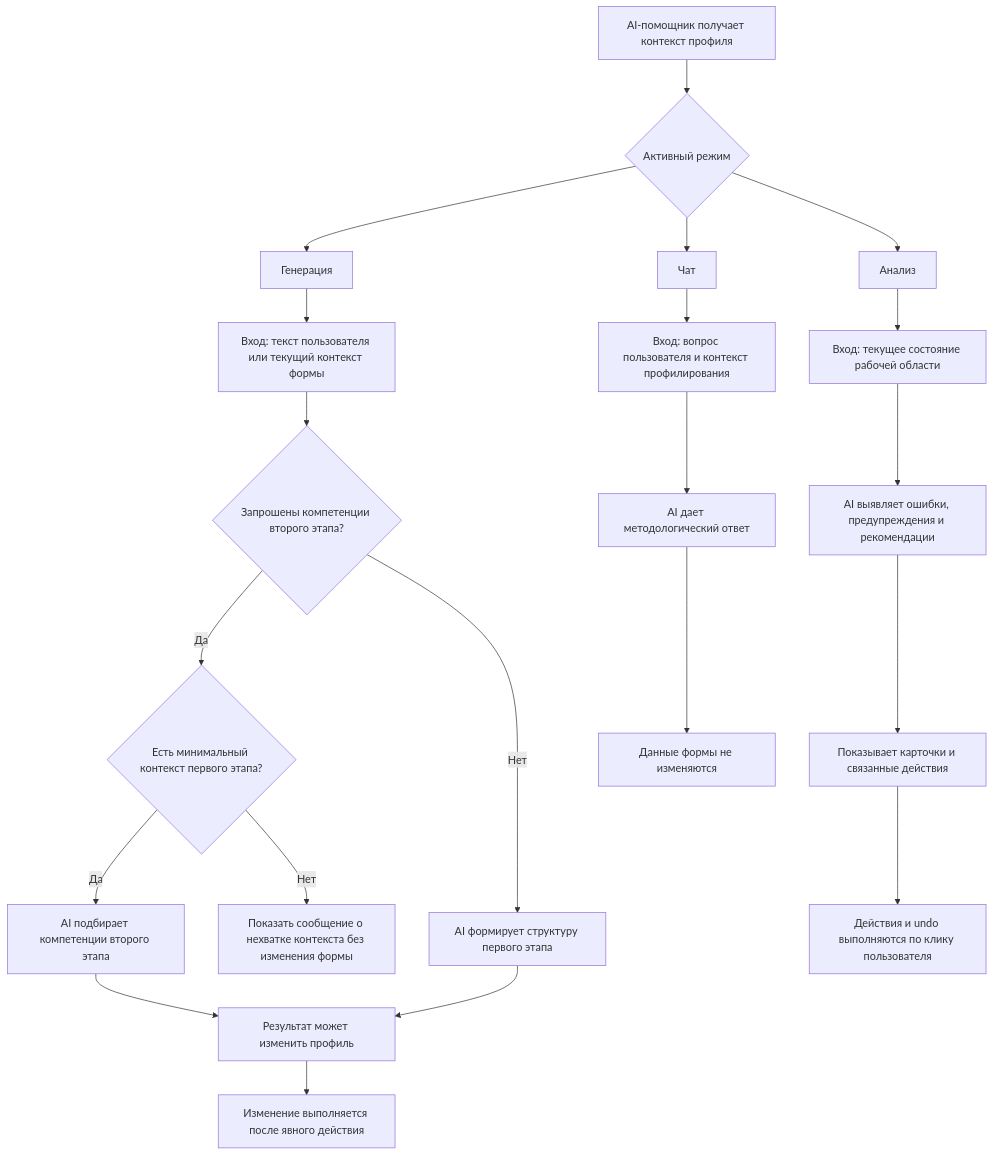
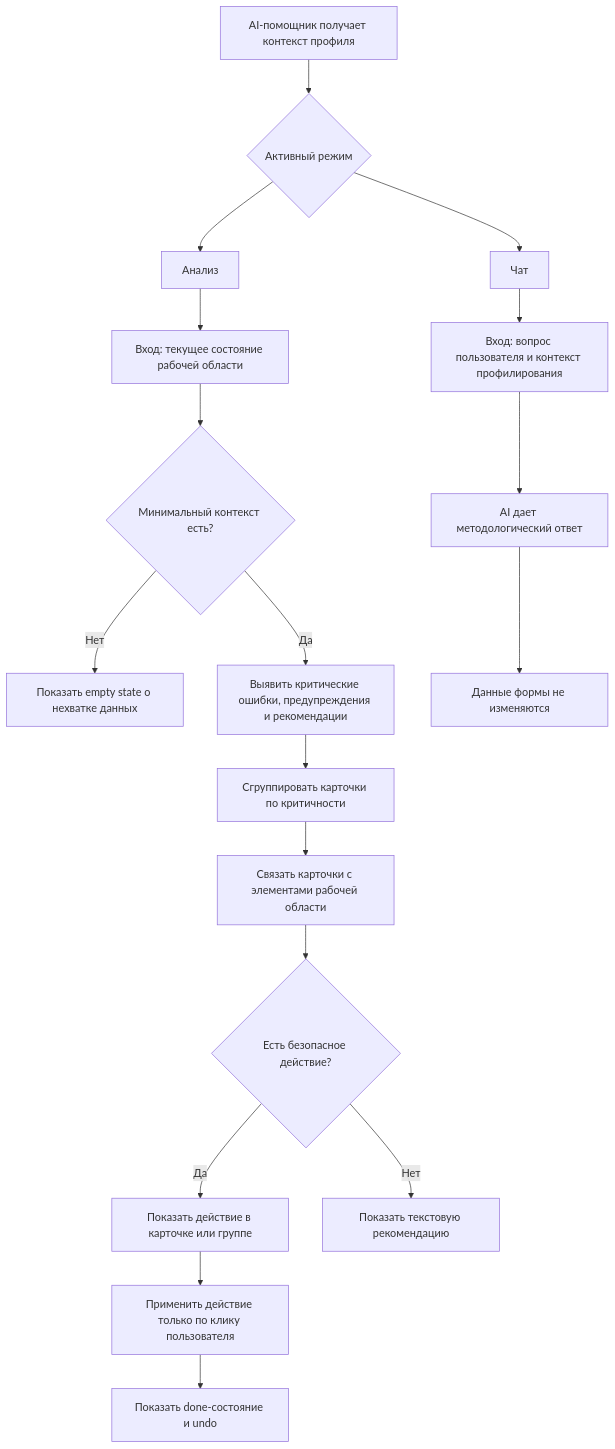
One commit to Anton-Sukhankin/HR-Profiling-Block changed the diagram in docs/components/profile-ai-assistant/ai-logic.md. Above: the diagram before and after it, drawn with Mermaid. The commit also changed other lines of this file and 21 other files, not shown here.

````diff
--- a/docs/components/profile-ai-assistant/ai-logic.md
+++ b/docs/components/profile-ai-assistant/ai-logic.md
@@ -9,26 +9,22 @@
 ```mermaid
 flowchart TD
   A["AI-помощник получает контекст профиля"] --> B{"Активный режим"}
 
-  B --> G["Генерация"]
-  G --> G1["Вход: текст пользователя или текущий контекст формы"]
-  G1 --> GC{"Запрошены компетенции второго этапа?"}
-  GC -->|Нет| G2["AI формирует структуру первого этапа"]
-  GC -->|Да| GM{"Есть минимальный контекст первого этапа?"}
-  GM -->|Нет| GN["Показать сообщение о нехватке контекста без изменения формы"]
-  GM -->|Да| G2C["AI подбирает компетенции второго этапа"]
-  G2C --> G3["Результат может изменить профиль"]
-  G2 --> G3["Результат может изменить профиль"]
-  G3 --> G4["Изменение выполняется после явного действия"]
-
   B --> AN["Анализ"]
   AN --> AN1["Вход: текущее состояние рабочей области"]
-  AN1 --> AN2["AI выявляет ошибки, предупреждения и рекомендации"]
-  AN2 --> AN3["Показывает карточки и связанные действия"]
-  AN3 --> AN4["Действия и undo выполняются по клику пользователя"]
+  AN1 --> AN2{"Минимальный контекст есть?"}
+  AN2 -->|Нет| AN3["Показать empty state о нехватке данных"]
+  AN2 -->|Да| AN4["Выявить критические ошибки, предупреждения и рекомендации"]
+  AN4 --> AN5["Сгруппировать карточки по критичности"]
+  AN5 --> AN6["Связать карточки с элементами рабочей области"]
+  AN6 --> AN7{"Есть безопасное действие?"}
+  AN7 -->|Да| AN8["Показать действие в карточке или группе"]
+  AN8 --> AN9["Применить действие только по клику пользователя"]
+  AN9 --> AN10["Показать done-состояние и undo"]
+  AN7 -->|Нет| AN11["Показать текстовую рекомендацию"]
 
   B --> CH["Чат"]
   CH --> CH1["Вход: вопрос пользователя и контекст профилирования"]
   CH1 --> CH2["AI дает методологический ответ"]
   CH2 --> CH3["Данные формы не изменяются"]
 ```
````
